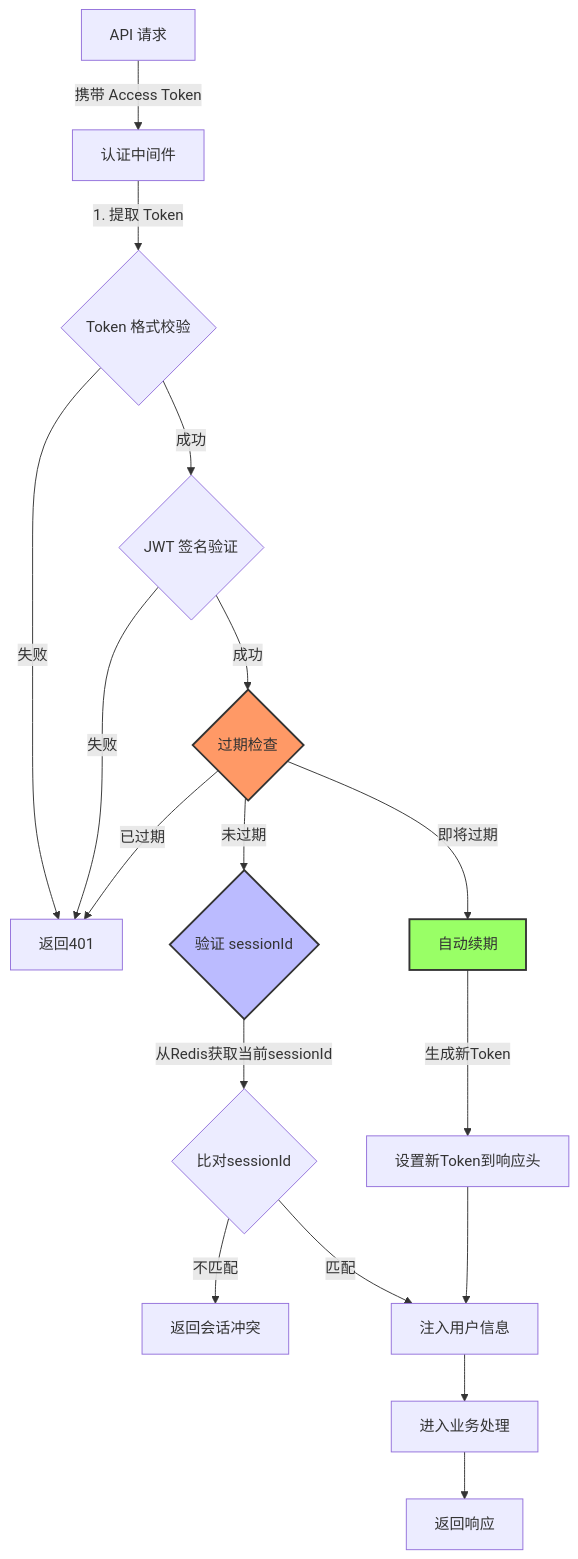
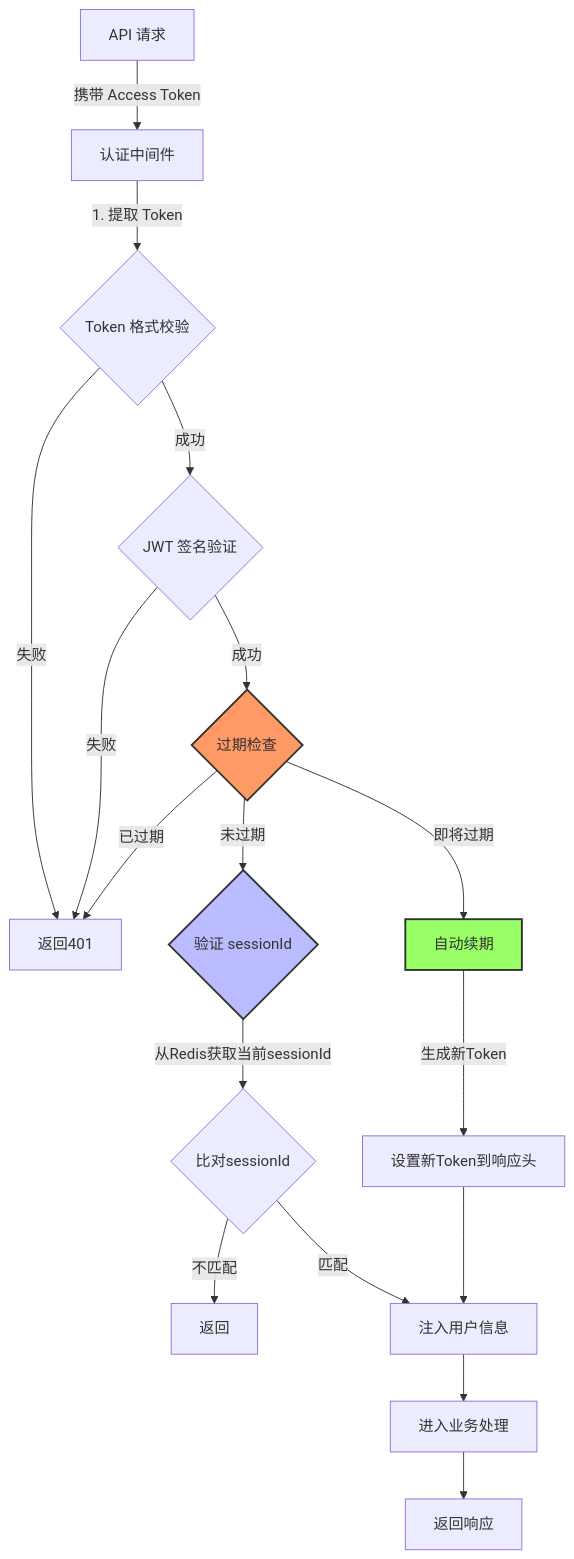
One commit to yingjianzh/iodraw-files changed the diagram in all/未命名-13.md. Above: the diagram before and after it, drawn with Mermaid.

Commit message:
2025-01-02 16:10:08 update

````diff
--- a/all/未命名-13.md
+++ b/all/未命名-13.md
@@ -1,29 +1,29 @@
 ```mermaid
 
 flowchart TD
     
     A[API 请求] -->|携带 Access Token| B[认证中间件]
     B -->|1. 提取 Token| C{Token 格式校验}
     C -->|失败| D[返回401]
     C -->|成功| E{JWT 签名验证}
     E -->|失败| D
     E -->|成功| F{过期检查}
     
     F -->|已过期| D
     F -->|即将过期| G[自动续期]
     F -->|未过期| H{验证 sessionId}
     
     H -->|从Redis获取当前sessionId| I{比对sessionId}
-    I -->|不匹配| J[返回会话冲突]
+    I -->|不匹配| J[返回]
     I -->|匹配| K[注入用户信息]
     K --> L[进入业务处理]
     L --> N[返回响应]
     
     G -->|生成新Token| M[设置新Token到响应头]
     M --> K
 
     style F fill:#f96,stroke:#333,stroke-width:2px
     style H fill:#bbf,stroke:#333,stroke-width:2px
     style G fill:#9f6,stroke:#333,stroke-width:2px
 
 ```
````
